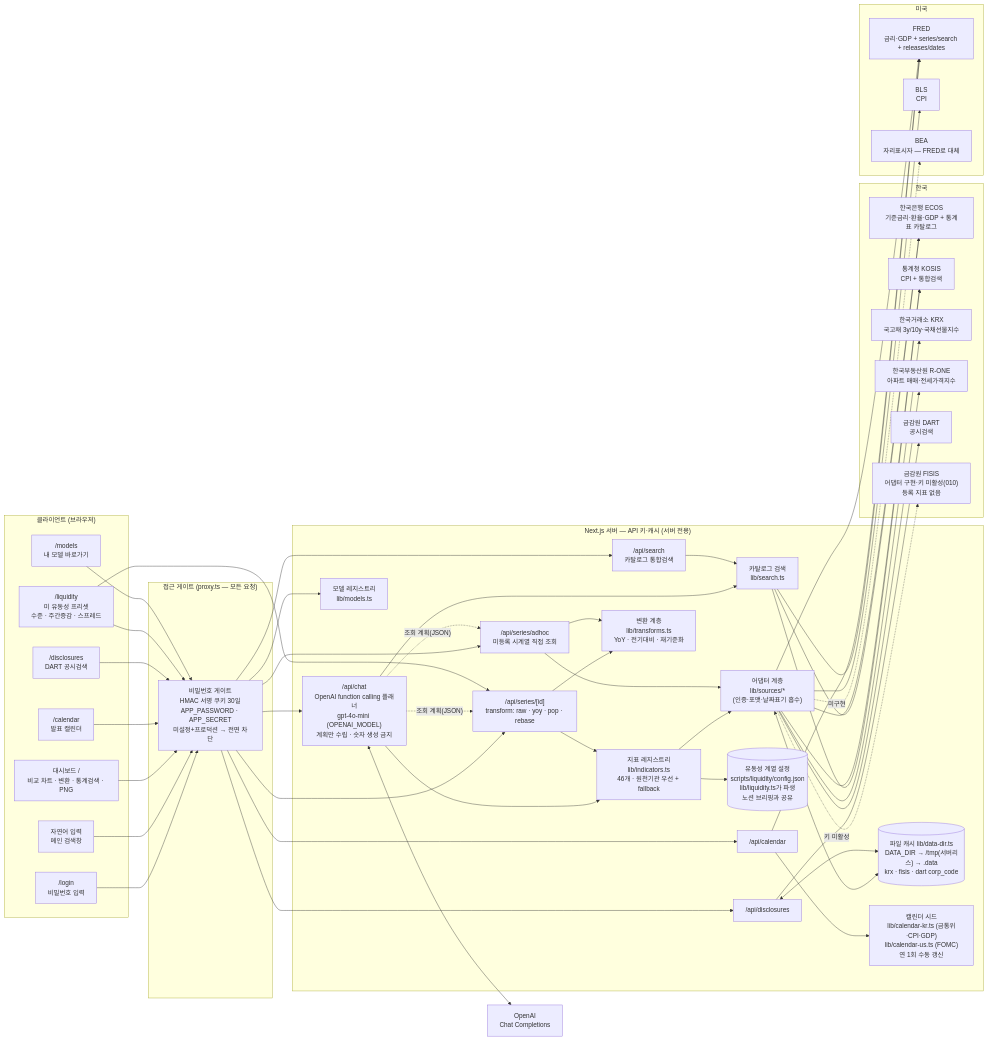
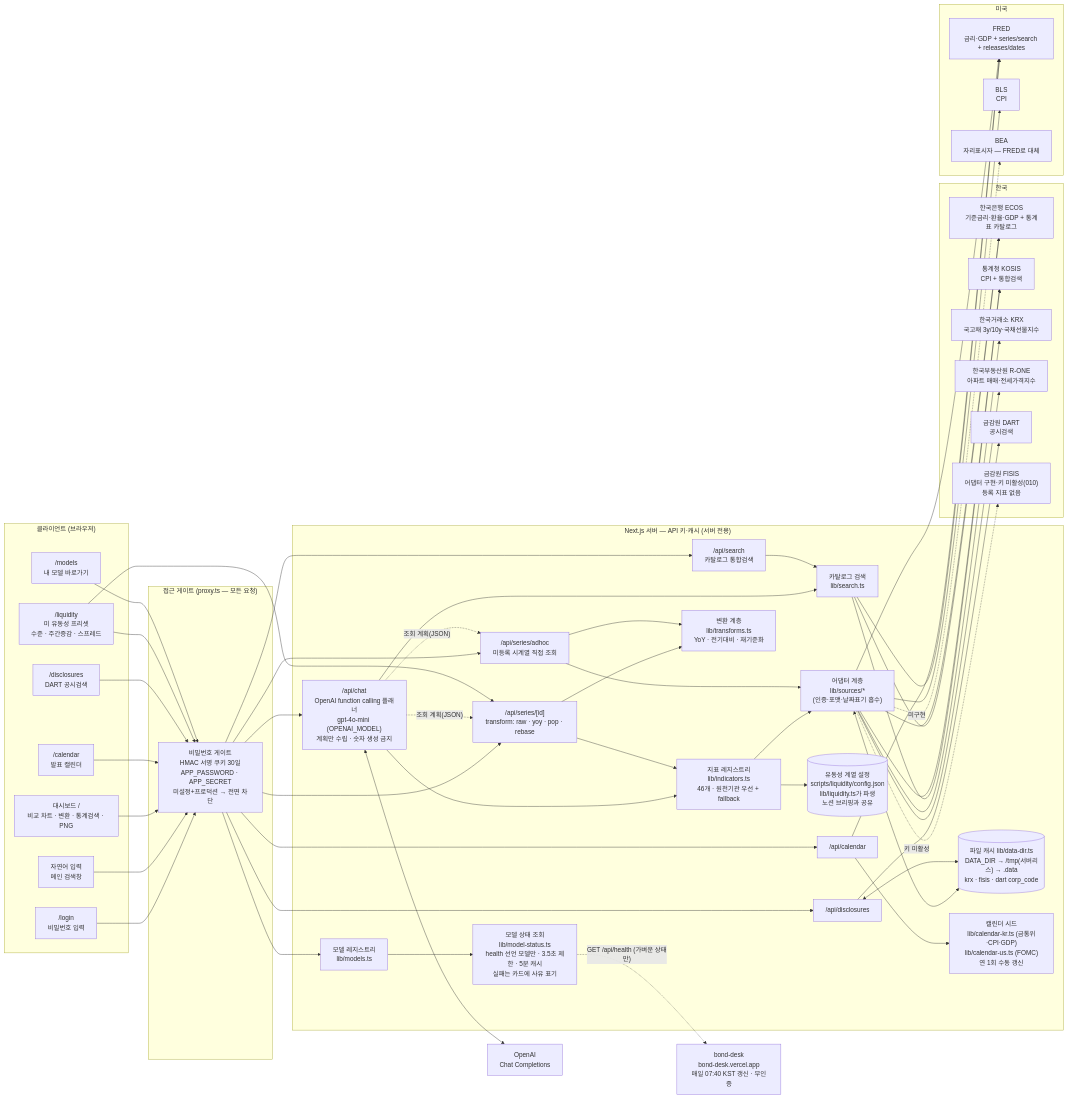
One commit to zzeonso1-ssonim/report-studio changed the diagram in docs/ARCHITECTURE.md. Above: the diagram before and after it, drawn with Mermaid. The commit also changed other lines of this file and 5 other files, not shown here.

First line of the commit message:
feat(모델 바로가기): bond-desk 추가 + health 기반 실시간 상태 표기

```diff
--- a/docs/ARCHITECTURE.md
+++ b/docs/ARCHITECTURE.md
@@ -33,6 +33,7 @@
     CACHE[("파일 캐시 lib/data-dir.ts<br/>DATA_DIR → /tmp(서버리스) → .data<br/>krx · fisis · dart corp_code")]
     SEED["캘린더 시드<br/>lib/calendar-kr.ts (금통위·CPI·GDP)<br/>lib/calendar-us.ts (FOMC)<br/>연 1회 수동 갱신"]
     MODREG["모델 레지스트리<br/>lib/models.ts"]
+    MODST["모델 상태 조회<br/>lib/model-status.ts<br/>health 선언 모델만 · 3.5초 제한 · 5분 캐시<br/>실패는 카드에 사유 표기"]
   end
 
   subgraph KR["한국"]
@@ -67,6 +68,8 @@
   PX --> CALAPI
   PX --> DISCAPI
   PX --> MODREG
+  MODREG --> MODST
+  MODST -. "GET /api/health (가벼운 상태만)" .-> BONDDESK["bond-desk<br/>bond-desk.vercel.app<br/>매일 07:40 KST 갱신 · 무인증"]
 
   CHAT <--> OPENAI
   CHAT --> REG
```
